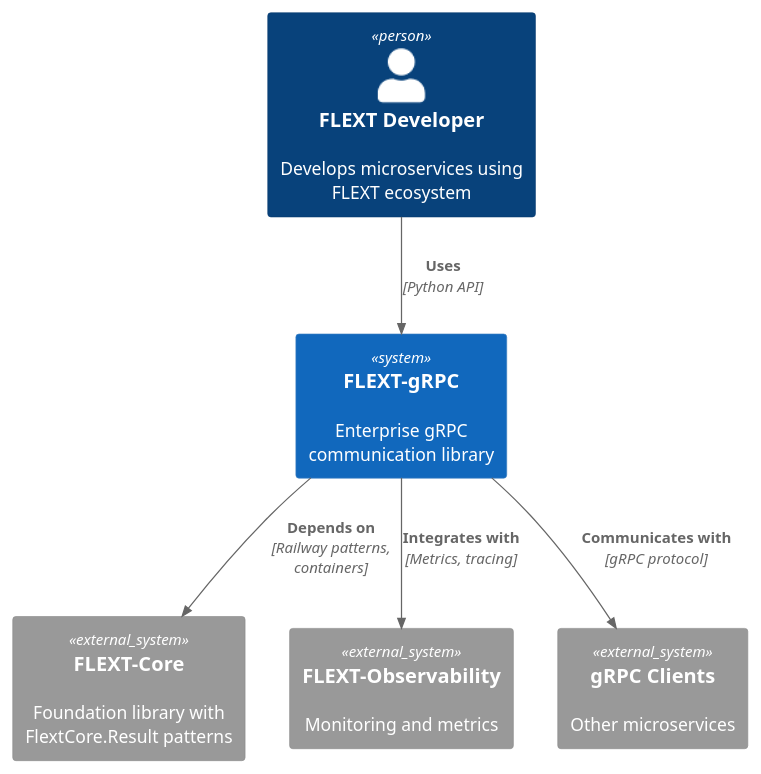
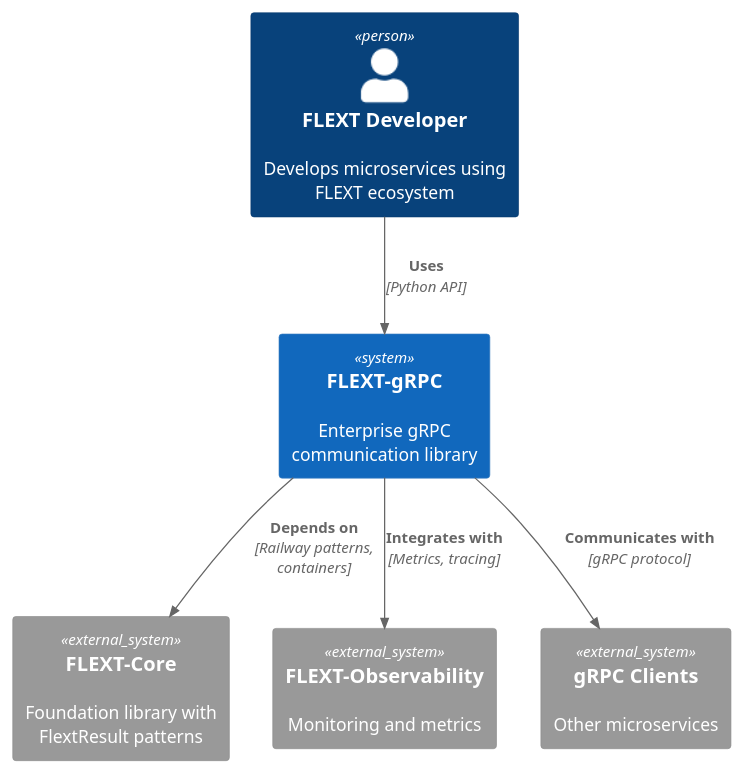
Before and after one commit to flext-sh/flext-grpc: the diagram in docs/architecture/README.md, drawn with PlantUML. The commit also changed other lines of this file and 45 other files, not shown here.

````diff
--- a/docs/architecture/README.md
+++ b/docs/architecture/README.md
@@ -252,17 +252,17 @@
 ```plantuml
 @startuml FLEXT-gRPC Context
 !include <C4/C4_Context>
 
 Person(user, "FLEXT Developer", "Develops microservices using FLEXT ecosystem")
 System(flext_grpc, "FLEXT-gRPC", "Enterprise gRPC communication library")
-System_Ext(flext_core, "FLEXT-Core", "Foundation library with FlextCore.Result patterns")
+System_Ext(flext_core, "FLEXT-Core", "Foundation library with FlextResult patterns")
 System_Ext(flext_observability, "FLEXT-Observability", "Monitoring and metrics")
 System_Ext(grpc_clients, "gRPC Clients", "Other microservices")
 
 Rel(user, flext_grpc, "Uses", "Python API")
 Rel(flext_grpc, flext_core, "Depends on", "Railway patterns, containers")
 Rel(flext_grpc, flext_observability, "Integrates with", "Metrics, tracing")
 Rel(flext_grpc, grpc_clients, "Communicates with", "gRPC protocol")
 
 @enduml
 ```
````
